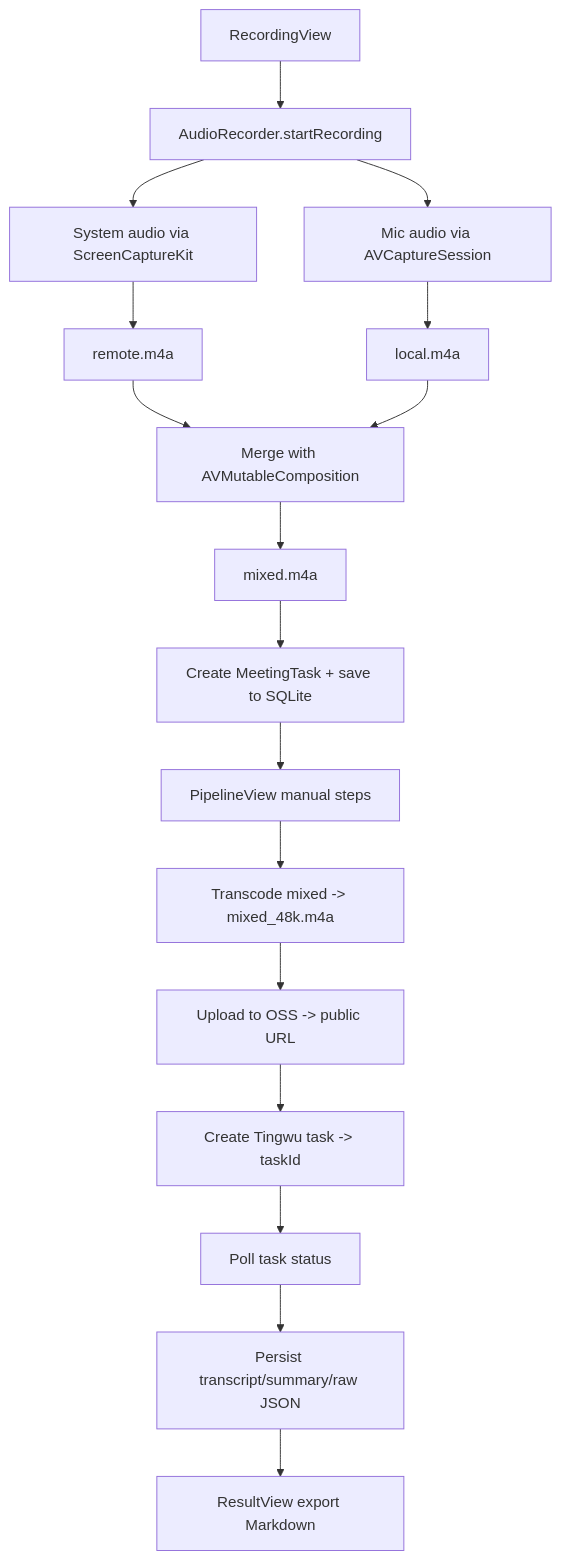
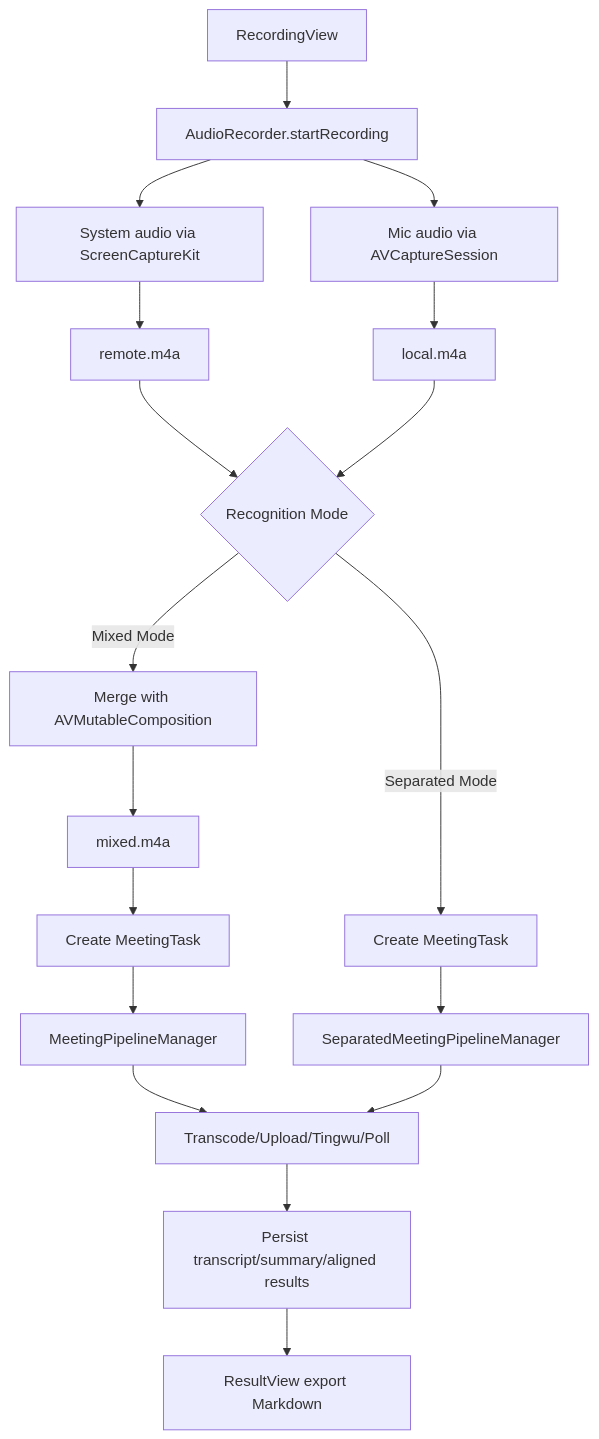
The diagram in doc/01-architecture-overview.md (MasamiYui/wechat-voice-ai-recorder), drawn with Mermaid before and after one commit. The commit also changed other lines of this file and 9 other files, not shown here.

````diff
--- a/doc/01-architecture-overview.md
+++ b/doc/01-architecture-overview.md
@@ -45,19 +46,25 @@
 ```mermaid
 flowchart TD
   A[RecordingView] --> B[AudioRecorder.startRecording]
   B --> C[System audio via ScreenCaptureKit]
   B --> D[Mic audio via AVCaptureSession]
   C --> E[remote.m4a]
   D --> F[local.m4a]
-  E --> G[Merge with AVMutableComposition]
-  F --> G
-  G --> H[mixed.m4a]
-  H --> I[Create MeetingTask + save to SQLite]
-  I --> J[PipelineView manual steps]
-  J --> K[Transcode mixed -> mixed_48k.m4a]
-  K --> L[Upload to OSS -> public URL]
-  L --> M[Create Tingwu task -> taskId]
-  M --> N[Poll task status]
-  N --> O[Persist transcript/summary/raw JSON]
+  
+  E --> G1{Recognition Mode}
+  F --> G1
+  
+  G1 -->|Mixed Mode| H1[Merge with AVMutableComposition]
+  H1 --> H2[mixed.m4a]
+  H2 --> I1[Create MeetingTask]
+  I1 --> J1[MeetingPipelineManager]
+  
+  G1 -->|Separated Mode| I2[Create MeetingTask]
+  I2 --> J2[SeparatedMeetingPipelineManager]
+  
+  J1 --> K[Transcode/Upload/Tingwu/Poll]
+  J2 --> K
+  
+  K --> O[Persist transcript/summary/aligned results]
   O --> P[ResultView export Markdown]
 ```
````
